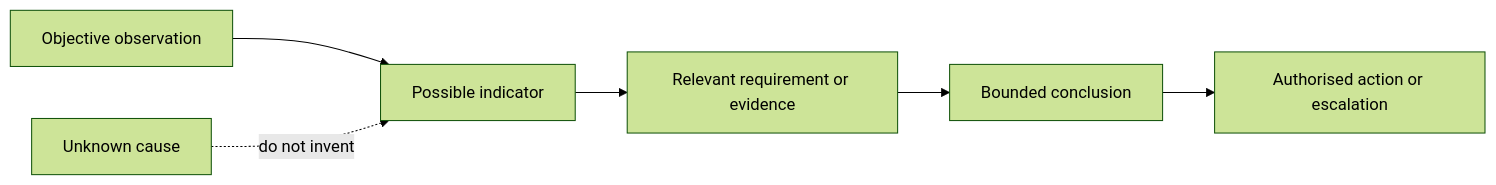
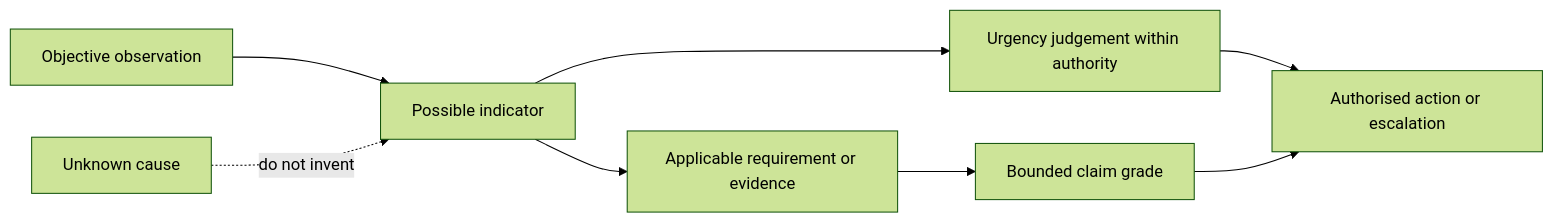
The second of 2 diagrams in docs/learning-plans/4-week/modules/day-13c-switchboard-defect-inspection.md (andrew3stedall/capstone), drawn with Mermaid (forest theme) before and after one commit. The commit also changed other lines of this file, not shown here.

````diff
--- a/docs/learning-plans/4-week/modules/day-13c-switchboard-defect-inspection.md
+++ b/docs/learning-plans/4-week/modules/day-13c-switchboard-defect-inspection.md
@@ -130,8 +152,10 @@
 ```mermaid
 flowchart LR
     O["Objective observation"] --> I["Possible indicator"]
-    I --> R["Relevant requirement or evidence"]
-    R --> C["Bounded conclusion"]
-    C --> A["Authorised action or escalation"]
+    I --> U["Urgency judgement within authority"]
+    I --> R["Applicable requirement or evidence"]
+    R --> C["Bounded claim grade"]
+    U --> A["Authorised action or escalation"]
+    C --> A
     X["Unknown cause"] -. "do not invent" .-> I
 ```
````
